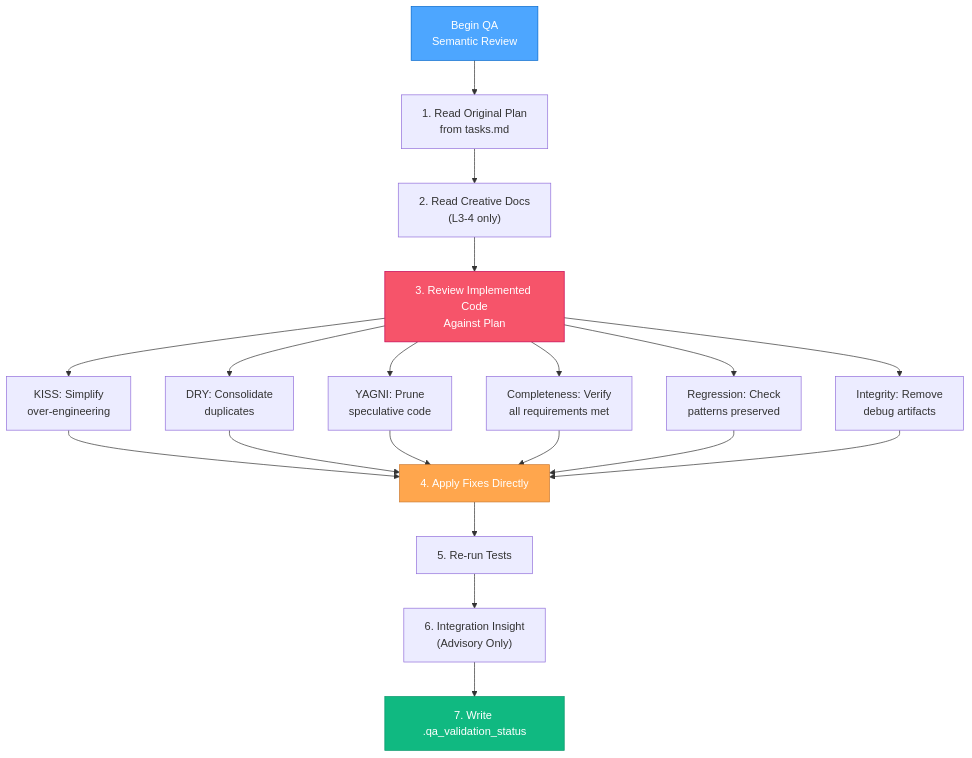
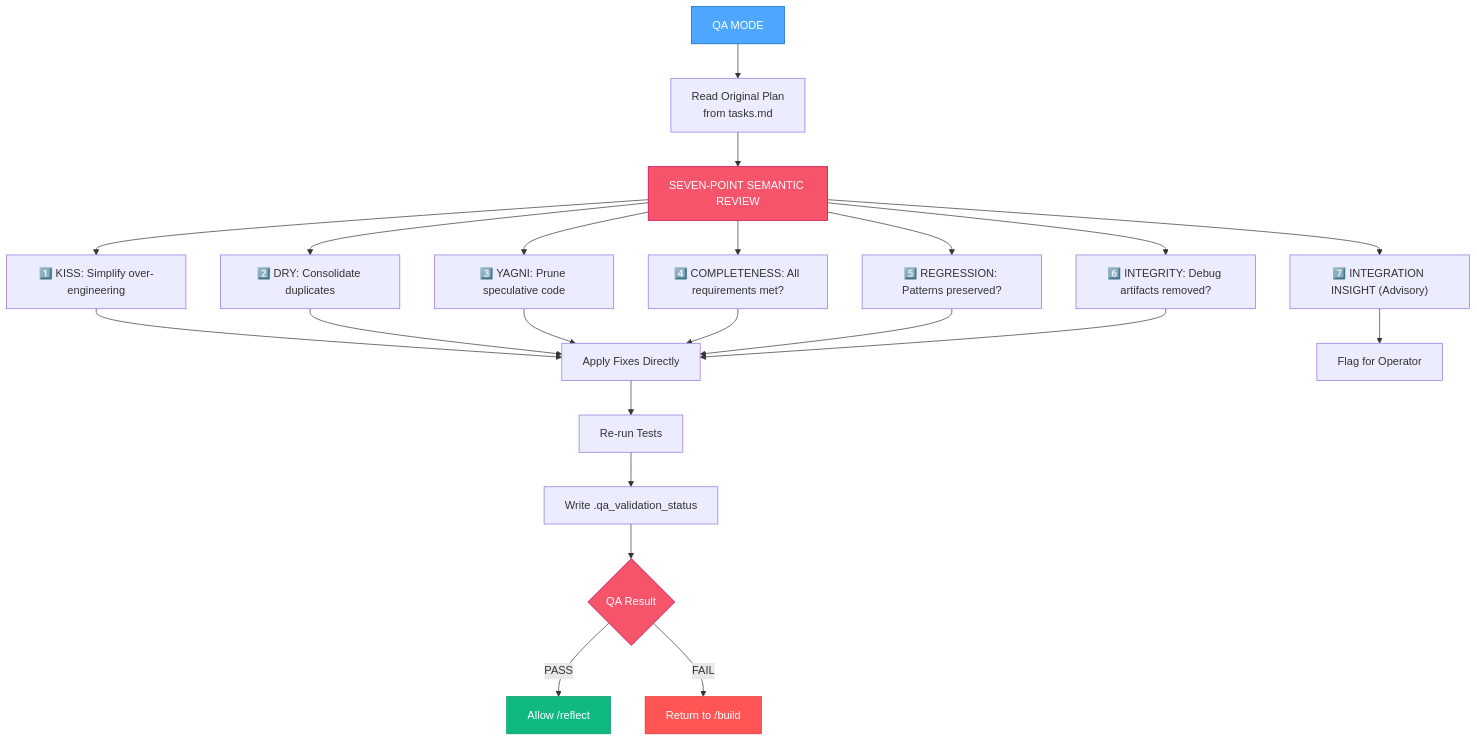
Before and after one commit to Texarkanine/.cursor-rules: the second of 2 diagrams in rulesets/niko/niko/visual-maps/van_mode_split/van-qa-main.mdc, drawn with Mermaid. The commit also changed other lines of this file and 20 other files, not shown here.

````diff
--- a/rulesets/niko/niko/visual-maps/van_mode_split/van-qa-main.mdc
+++ b/rulesets/niko/niko/visual-maps/van_mode_split/van-qa-main.mdc
@@ -39,23 +52,28 @@
 ```mermaid
 graph TD
-    Start["Begin QA<br>Semantic Review"] --> ReadPlan["1. Read Original Plan<br>from tasks.md"]
-    ReadPlan --> ReadCreative["2. Read Creative Docs<br>(L3-4 only)"]
-    ReadCreative --> ReviewCode["3. Review Implemented Code<br>Against Plan"]
+    QA["QA MODE"] --> ReadPlan["Read Original Plan<br>from tasks.md"]
+    ReadPlan --> SevenChecks["SEVEN-POINT SEMANTIC REVIEW"]
 
-    ReviewCode --> KISS["KISS: Simplify<br>over-engineering"]
-    ReviewCode --> DRY["DRY: Consolidate<br>duplicates"]
-    ReviewCode --> YAGNI["YAGNI: Prune<br>speculative code"]
-    ReviewCode --> Completeness["Completeness: Verify<br>all requirements met"]
-    ReviewCode --> Regression["Regression: Check<br>patterns preserved"]
-    ReviewCode --> Integrity["Integrity: Remove<br>debug artifacts"]
+    SevenChecks --> KISS["1️⃣ KISS: Simplify over-engineering"]
+    SevenChecks --> DRY["2️⃣ DRY: Consolidate duplicates"]
+    SevenChecks --> YAGNI["3️⃣ YAGNI: Prune speculative code"]
+    SevenChecks --> Complete["4️⃣ COMPLETENESS: All requirements met?"]
+    SevenChecks --> Regression["5️⃣ REGRESSION: Patterns preserved?"]
+    SevenChecks --> Integrity["6️⃣ INTEGRITY: Debug artifacts removed?"]
+    SevenChecks --> Integration["7️⃣ INTEGRATION INSIGHT (Advisory)"]
 
-    KISS & DRY & YAGNI & Completeness & Regression & Integrity --> ApplyFixes["4. Apply Fixes Directly"]
-    ApplyFixes --> ReTest["5. Re-run Tests"]
-    ReTest --> IntegrationInsight["6. Integration Insight<br>(Advisory Only)"]
-    IntegrationInsight --> WriteStatus["7. Write .qa_validation_status"]
+    KISS & DRY & YAGNI & Complete & Regression & Integrity --> ApplyFixes["Apply Fixes Directly"]
+    ApplyFixes --> ReTest["Re-run Tests"]
+    Integration --> Advisory["Flag for Operator"]
+    ReTest --> WriteStatus["Write .qa_validation_status"]
 
-    style Start fill:#4da6ff,stroke:#0066cc,color:white
-    style ReviewCode fill:#f6546a,stroke:#c30052,color:white
-    style ApplyFixes fill:#ffa64d,stroke:#cc7a30,color:white
-    style WriteStatus fill:#10b981,stroke:#059669,color:white
+    WriteStatus --> QAResult{"QA Result"}
+    QAResult -->|"PASS"| AllowReflect["Allow /reflect"]
+    QAResult -->|"FAIL"| ReturnBuild["Return to /build"]
+
+    style QA fill:#4da6ff,stroke:#0066cc,color:white
+    style SevenChecks fill:#f6546a,stroke:#c30052,color:white
+    style QAResult fill:#f6546a,stroke:#c30052,color:white
+    style AllowReflect fill:#10b981,stroke:#059669,color:white
+    style ReturnBuild fill:#ff5555,stroke:#dd3333,color:white
 ```
````
